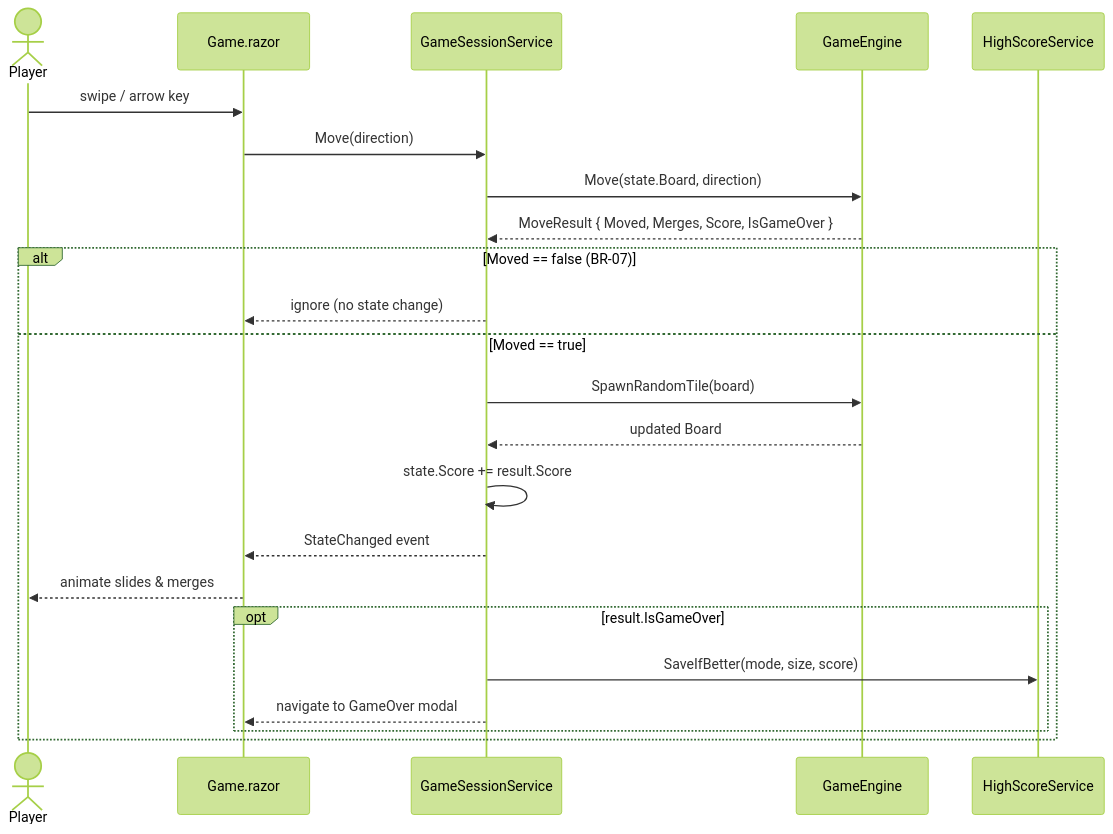
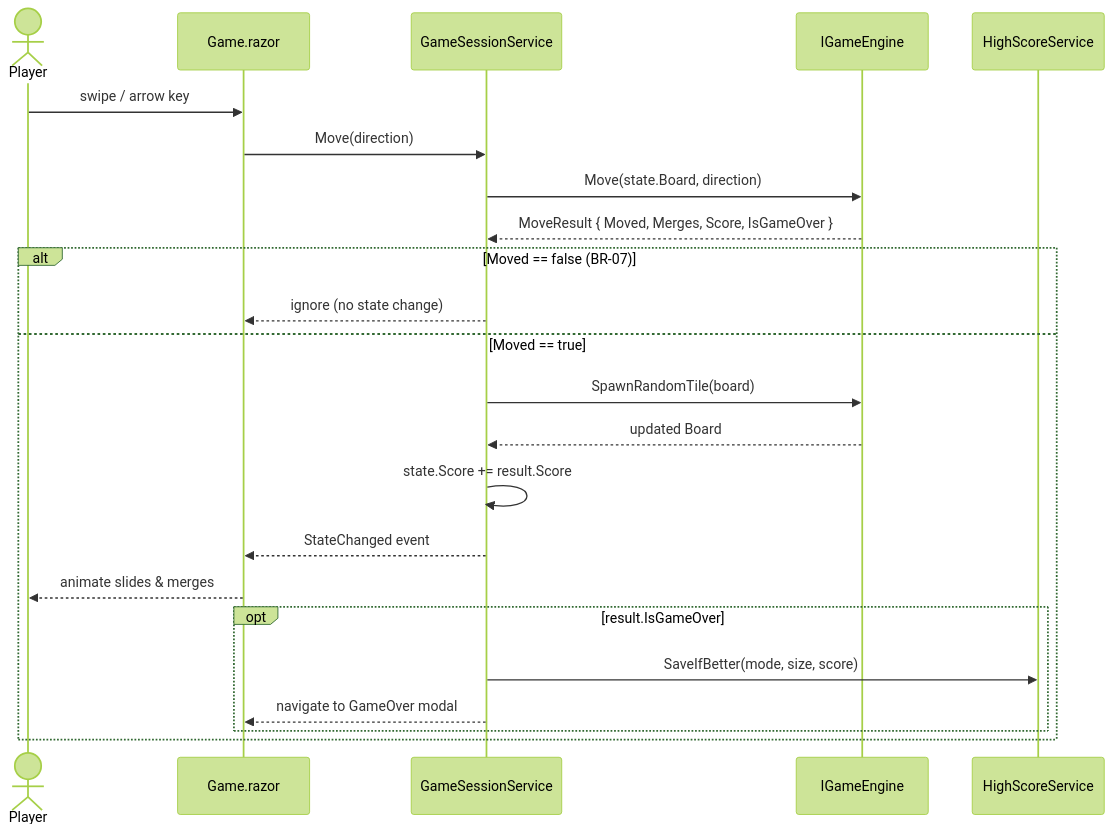
One commit to LeThaiAn15112004/2048-Infinity-Merge changed the seventh of 9 diagrams in Docs/software_design.md. Above: the diagram before and after it, drawn with Mermaid (forest theme). The commit also changed other lines of this file and 3 other files, not shown here.

````diff
--- a/Docs/software_design.md
+++ b/Docs/software_design.md
@@ -294,26 +295,26 @@
 ```mermaid
 sequenceDiagram
     actor P as Player
     participant Game as Game.razor
     participant Sess as GameSessionService
-    participant Eng as GameEngine
+    participant Eng as IGameEngine
 
     P->>Game: swipe / arrow key
     Game->>Sess: Move(direction)
     Sess->>Eng: Move(state.Board, direction)
     Eng-->>Sess: MoveResult { Moved, Merges, Score, IsGameOver }
 
     alt Moved == false (BR-07)
         Sess-->>Game: ignore (no state change)
     else Moved == true
         Sess->>Eng: SpawnRandomTile(board)
         Eng-->>Sess: updated Board
         Sess->>Sess: state.Score += result.Score
         Sess-->>Game: StateChanged event
         Game-->>P: animate slides & merges
         opt result.IsGameOver
             Sess->>HighScoreService: SaveIfBetter(mode, size, score)
             Sess-->>Game: navigate to GameOver modal
         end
     end
 ```
````
